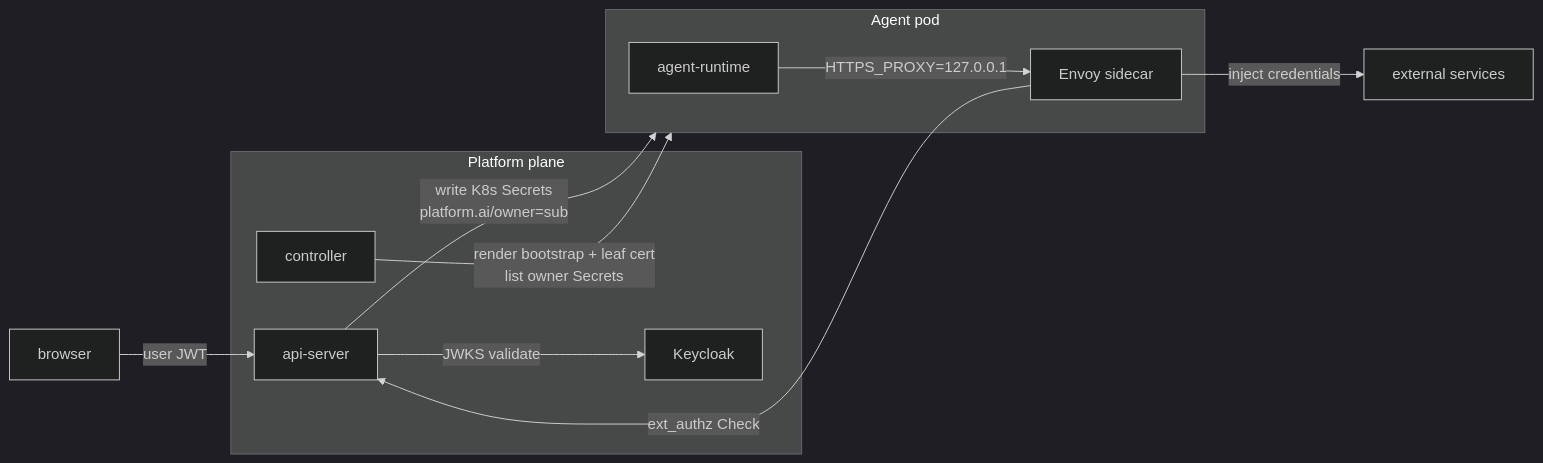
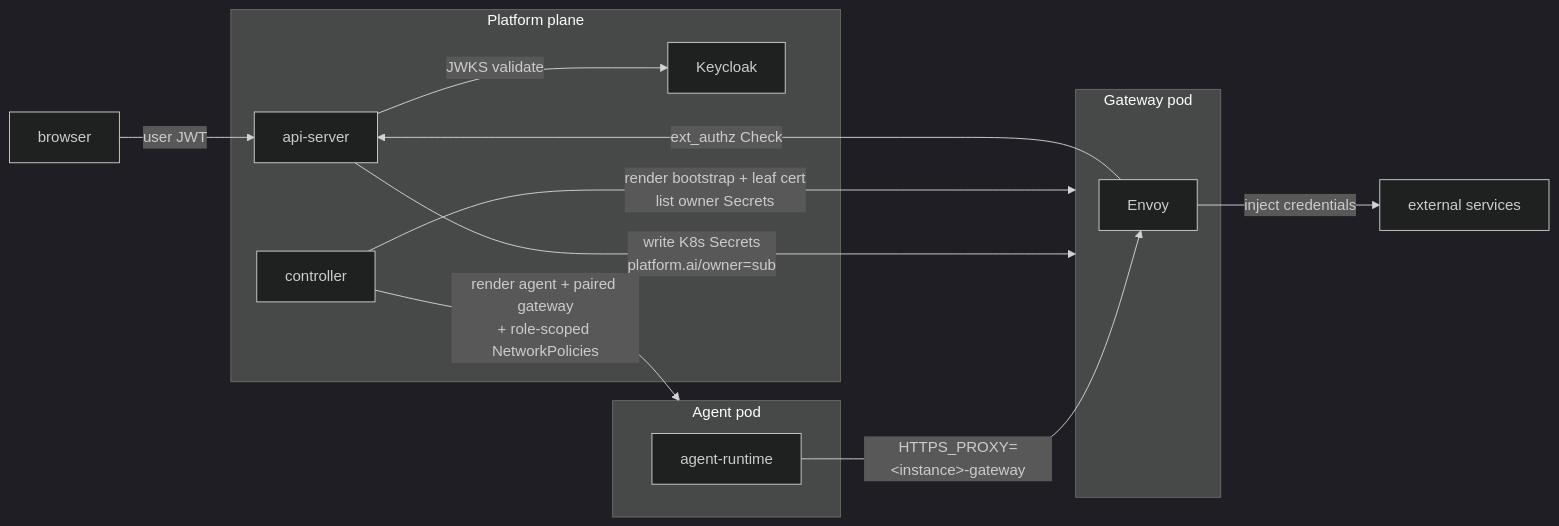
Before and after one commit to subbyte/dam: the diagram in docs/architecture/security-and-credentials.md, drawn with Mermaid (dark theme). The commit also changed other lines of this file and 22 other files, not shown here.

Commit message:
feat: paired agent + gateway pods — cluster-enforced credential boundary (#104)

````diff
--- a/docs/architecture/security-and-credentials.md
+++ b/docs/architecture/security-and-credentials.md
@@ -40,27 +45,31 @@
 ```mermaid
 flowchart LR
   browser[browser]
 
   subgraph platform[Platform plane]
     api-server
     controller
     keycloak[Keycloak]
   end
 
   subgraph agentpod[Agent pod]
     agent-runtime
-    envoy[Envoy sidecar]
+  end
+
+  subgraph gatewaypod[Gateway pod]
+    envoy[Envoy]
   end
 
   external[external services]
 
   browser -->|user JWT| api-server
   api-server -->|JWKS validate| keycloak
 
-  api-server -->|write K8s Secrets<br/>platform.ai/owner=sub| agentpod
-  controller -->|render bootstrap + leaf cert<br/>list owner Secrets| agentpod
+  api-server -->|write K8s Secrets<br/>platform.ai/owner=sub| gatewaypod
+  controller -->|render bootstrap + leaf cert<br/>list owner Secrets| gatewaypod
+  controller -->|render agent + paired gateway<br/>+ role-scoped NetworkPolicies| agentpod
 
-  agent-runtime -->|HTTPS_PROXY=127.0.0.1| envoy
+  agent-runtime -->|HTTPS_PROXY=&lt;instance&gt;-gateway| envoy
   envoy -->|ext_authz Check| api-server
   envoy -->|inject credentials| external
 ```
````
